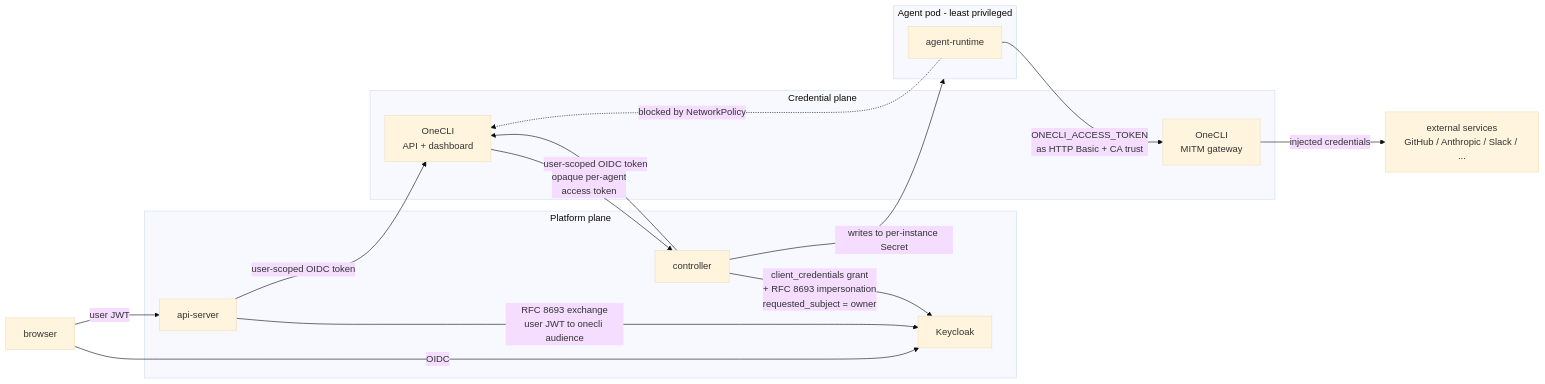
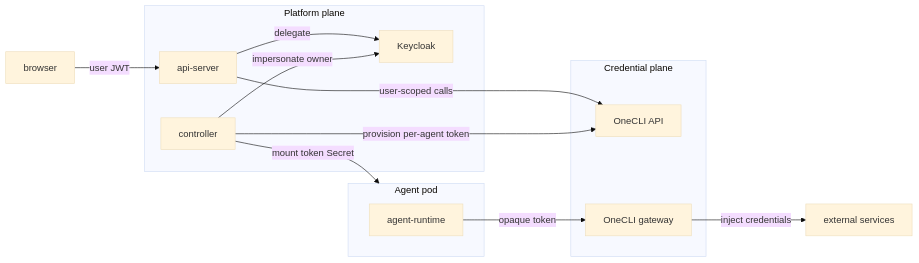
One commit to kagenti/humr changed the first of 2 diagrams in docs/architecture/security-and-credentials.md. Above: the diagram before and after it, drawn with Mermaid (base theme). The commit also changed other lines of this file, not shown here.

Commit message:
docs(architecture): simplify main diagram, add fork-specific diagram

````diff
--- a/docs/architecture/security-and-credentials.md
+++ b/docs/architecture/security-and-credentials.md
@@ -25,37 +25,30 @@
 ```mermaid
 flowchart LR
   browser[browser]
 
   subgraph platform[Platform plane]
-    api-server[api-server]
-    controller[controller]
+    api-server
+    controller
     keycloak[Keycloak]
   end
 
   subgraph credplane[Credential plane]
-    onecli-api[OneCLI<br/>API + dashboard]
-    onecli-gw[OneCLI<br/>MITM gateway]
+    onecli-api[OneCLI API]
+    onecli-gw[OneCLI gateway]
   end
 
-  subgraph agentpod[Agent pod - least privileged]
-    agent-runtime[agent-runtime]
+  subgraph agentpod[Agent pod]
+    agent-runtime
   end
 
-  external[external services<br/>GitHub / Anthropic / Slack / ...]
+  external[external services]
 
-  browser -->|OIDC| keycloak
   browser -->|user JWT| api-server
-
-  api-server -->|RFC 8693 exchange<br/>user JWT to onecli audience| keycloak
-  api-server -->|user-scoped OIDC token| onecli-api
-
-  controller -->|client_credentials grant<br/>+ RFC 8693 impersonation<br/>requested_subject = owner| keycloak
-  controller -->|user-scoped OIDC token| onecli-api
-  onecli-api -->|opaque per-agent<br/>access token| controller
-  controller -->|writes to per-instance Secret| agentpod
-
-  agent-runtime -->|ONECLI_ACCESS_TOKEN<br/>as HTTP Basic + CA trust| onecli-gw
-  onecli-gw -->|injected credentials| external
-
-  agent-runtime -. blocked by NetworkPolicy .-> onecli-api
+  api-server -->|delegate| keycloak
+  api-server -->|user-scoped calls| onecli-api
+  controller -->|impersonate owner| keycloak
+  controller -->|provision per-agent token| onecli-api
+  controller -->|mount token Secret| agentpod
+  agent-runtime -->|opaque token| onecli-gw
+  onecli-gw -->|inject credentials| external
 ```
````
